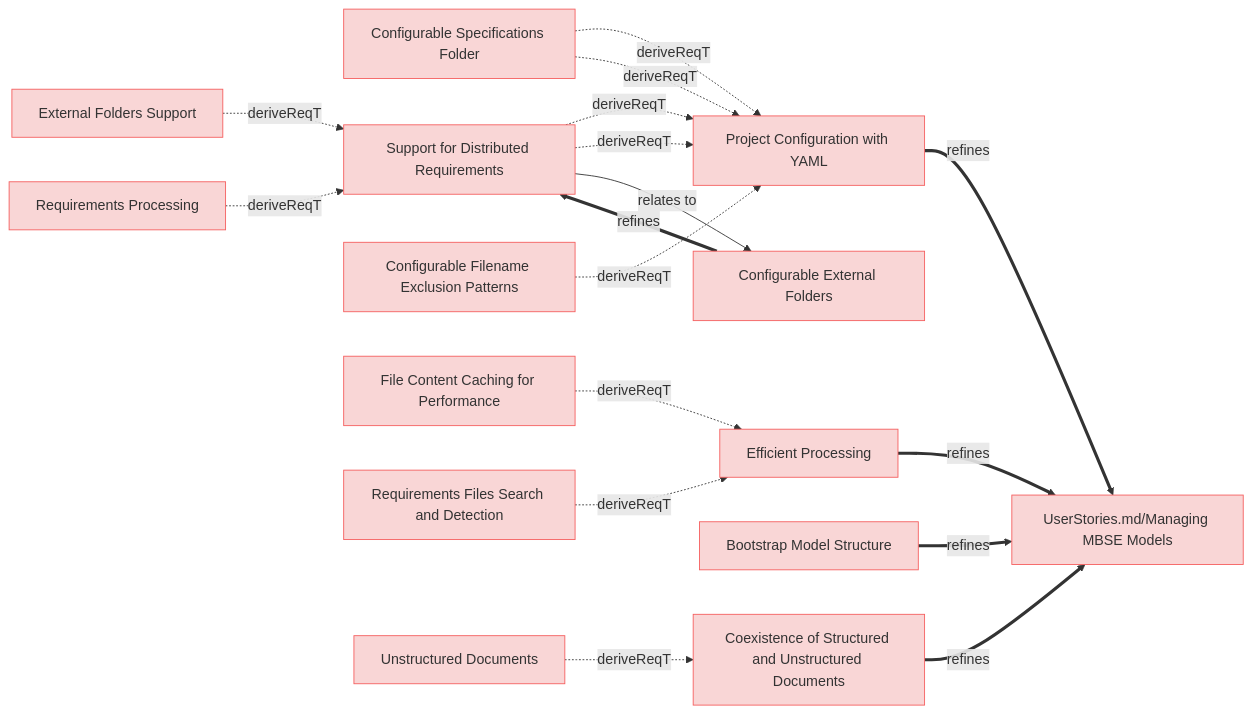
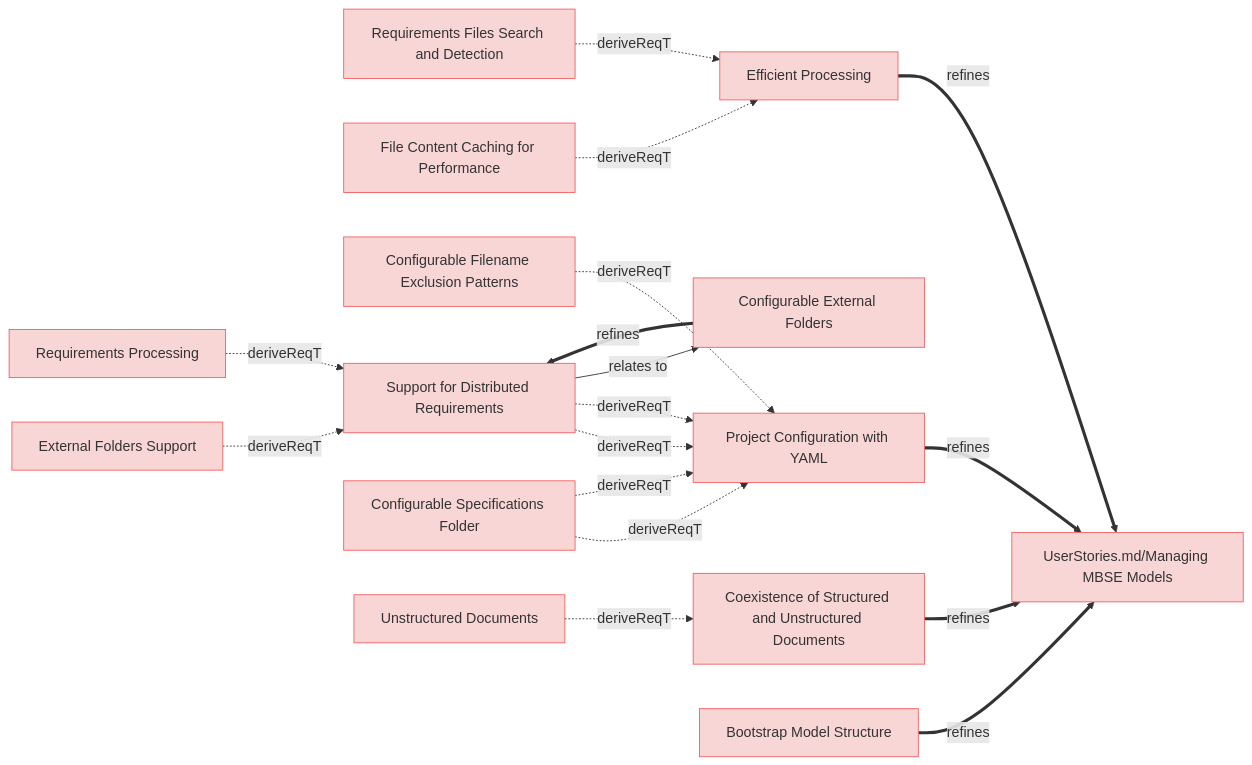
Before and after one commit to reqvire-org/reqvire: the diagram in specifications/ManagingMbseModelsRequirements.md, drawn with Mermaid. The commit also changed other lines of this file and 16 other files, not shown here.

````diff
--- a/specifications/ManagingMbseModelsRequirements.md
+++ b/specifications/ManagingMbseModelsRequirements.md
@@ -4,67 +4,67 @@
 ```mermaid
 graph LR;
   %% Graph styling
   classDef requirement fill:#f9d6d6,stroke:#f55f5f,stroke-width:1px;
   classDef verification fill:#d6f9d6,stroke:#5fd75f,stroke-width:1px;
   classDef externalLink fill:#d0e0ff,stroke:#3080ff,stroke-width:1px;
   classDef default fill:#f5f5f5,stroke:#333333,stroke-width:1px;
 
+  21e4eb87cb["Efficient Processing"];
+  click 21e4eb87cb "ManagingMbseModelsRequirements.md#efficient-processing";
+  class 21e4eb87cb requirement;
+  852dea6cfe["UserStories.md/Managing MBSE Models"];
+  class 852dea6cfe requirement;
+  click 852dea6cfe "UserStories.md#managing-mbse-models";
+  21e4eb87cb ==>|refines| 852dea6cfe;
+  2737f2d770["Requirements Files Search and Detection"];
+  class 2737f2d770 requirement;
+  click 2737f2d770 "SystemRequirements/Requirements.md#requirements-files-search-and-detection";
+  2737f2d770 -.->|deriveReqT| 21e4eb87cb;
+  98bd2bd6bd["File Content Caching for Performance"];
+  class 98bd2bd6bd requirement;
+  click 98bd2bd6bd "SystemRequirements/Requirements.md#file-content-caching-for-performance";
+  98bd2bd6bd -.->|deriveReqT| 21e4eb87cb;
   ce24dbacb9["Project Configuration with YAML"];
   click ce24dbacb9 "ManagingMbseModelsRequirements.md#project-configuration-with-yaml";
   class ce24dbacb9 requirement;
-  852dea6cfe["UserStories.md/Managing MBSE Models"];
-  class 852dea6cfe requirement;
-  click 852dea6cfe "UserStories.md#managing-mbse-models";
   ce24dbacb9 ==>|refines| 852dea6cfe;
+  cc8128cae3["Configurable Filename Exclusion Patterns"];
+  class cc8128cae3 requirement;
+  click cc8128cae3 "SystemRequirements/Requirements.md#configurable-filename-exclusion-patterns";
+  cc8128cae3 -.->|deriveReqT| ce24dbacb9;
+  e7286123b1["Support for Distributed Requirements"];
+  class e7286123b1 requirement;
+  click e7286123b1 "ManagingMbseModelsRequirements.md#support-for-distributed-requirements";
+  e7286123b1 -.->|deriveReqT| ce24dbacb9;
   61be4a1815["Configurable Specifications Folder"];
   class 61be4a1815 requirement;
   click 61be4a1815 "ManagingMbseModelsRequirements.md#configurable-specifications-folder";
   61be4a1815 -.->|deriveReqT| ce24dbacb9;
-  e7286123b1["Support for Distributed Requirements"];
-  class e7286123b1 requirement;
-  click e7286123b1 "ManagingMbseModelsRequirements.md#support-for-distributed-requirements";
+  a5483b08d4["Configurable External Folders"];
+  click a5483b08d4 "ManagingMbseModelsRequirements.md#configurable-external-folders";
+  class a5483b08d4 requirement;
+  a5483b08d4 ==>|refines| e7286123b1;
+  daadd8e583["Coexistence of Structured and Unstructured Documents"];
+  click daadd8e583 "ManagingMbseModelsRequirements.md#coexistence-of-structured-and-unstructured-documents";
+  class daadd8e583 requirement;
+  daadd8e583 ==>|refines| 852dea6cfe;
+  5a1719a264["Unstructured Documents"];
+  class 5a1719a264 requirement;
+  click 5a1719a264 "SystemRequirements/Requirements.md#unstructured-documents";
+  5a1719a264 -.->|deriveReqT| daadd8e583;
+  96bbd81f5c["Bootstrap Model Structure"];
+  click 96bbd81f5c "ManagingMbseModelsRequirements.md#bootstrap-model-structure";
+  class 96bbd81f5c requirement;
+  96bbd81f5c ==>|refines| 852dea6cfe;
   e7286123b1 -.->|deriveReqT| ce24dbacb9;
-  cc8128cae3["Configurable Filename Exclusion Patterns"];
-  class cc8128cae3 requirement;
-  click cc8128cae3 "SystemRequirements/Requirements.md#configurable-filename-exclusion-patterns";
-  cc8128cae3 -.->|deriveReqT| ce24dbacb9;
-  61be4a1815 -.->|deriveReqT| ce24dbacb9;
-  21e4eb87cb["Efficient Processing"];
-  click 21e4eb87cb "ManagingMbseModelsRequirements.md#efficient-processing";
-  class 21e4eb87cb requirement;
-  21e4eb87cb ==>|refines| 852dea6cfe;
-  98bd2bd6bd["File Content Caching for Performance"];
-  class 98bd2bd6bd requirement;
-  click 98bd2bd6bd "SystemRequirements/Requirements.md#file-content-caching-for-performance";
-  98bd2bd6bd -.->|deriveReqT| 21e4eb87cb;
-  2737f2d770["Requirements Files Search and Detection"];
-  class 2737f2d770 requirement;
-  click 2737f2d770 "SystemRequirements/Requirements.md#requirements-files-search-and-detection";
-  2737f2d770 -.->|deriveReqT| 21e4eb87cb;
-  e7286123b1 -.->|deriveReqT| ce24dbacb9;
+  e7286123b1 -->|relates to| a5483b08d4;
   d38ab4ad13["External Folders Support"];
   class d38ab4ad13 requirement;
   click d38ab4ad13 "SystemRequirements/Requirements.md#external-folders-support";
   d38ab4ad13 -.->|deriveReqT| e7286123b1;
   99bed90a0d["Requirements Processing"];
   class 99bed90a0d requirement;
   click 99bed90a0d "SystemRequirements/Requirements.md#requirements-processing";
   99bed90a0d -.->|deriveReqT| e7286123b1;
-  a5483b08d4["Configurable External Folders"];
-  class a5483b08d4 requirement;
-  click a5483b08d4 "ManagingMbseModelsRequirements.md#configurable-external-folders";
-  e7286123b1 -->|relates to| a5483b08d4;
-  a5483b08d4 ==>|refines| e7286123b1;
-  96bbd81f5c["Bootstrap Model Structure"];
-  click 96bbd81f5c "ManagingMbseModelsRequirements.md#bootstrap-model-structure";
-  class 96bbd81f5c requirement;
-  96bbd81f5c ==>|refines| 852dea6cfe;
-  daadd8e583["Coexistence of Structured and Unstructured Documents"];
-  click daadd8e583 "ManagingMbseModelsRequirements.md#coexistence-of-structured-and-unstructured-documents";
-  class daadd8e583 requirement;
-  daadd8e583 ==>|refines| 852dea6cfe;
-  5a1719a264["Unstructured Documents"];
-  class 5a1719a264 requirement;
-  click 5a1719a264 "SystemRequirements/Requirements.md#unstructured-documents";
-  5a1719a264 -.->|deriveReqT| daadd8e583;
+  61be4a1815 -.->|deriveReqT| ce24dbacb9;
 ```
````
